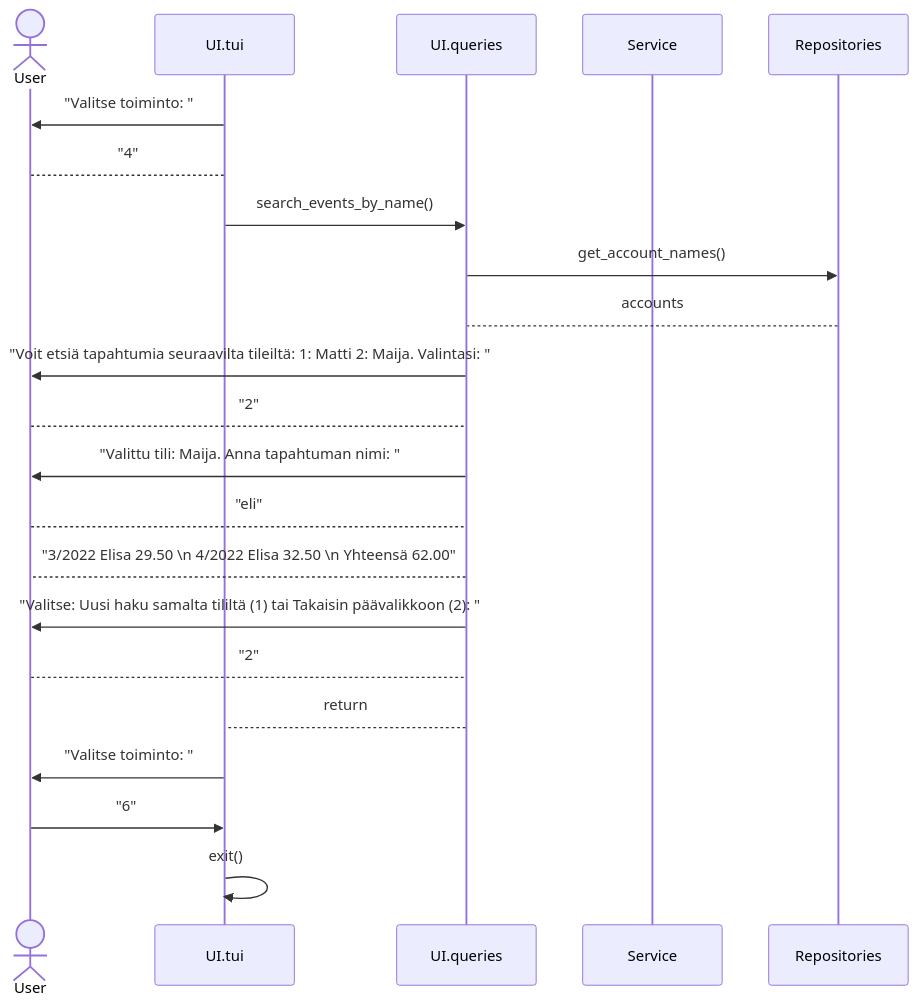
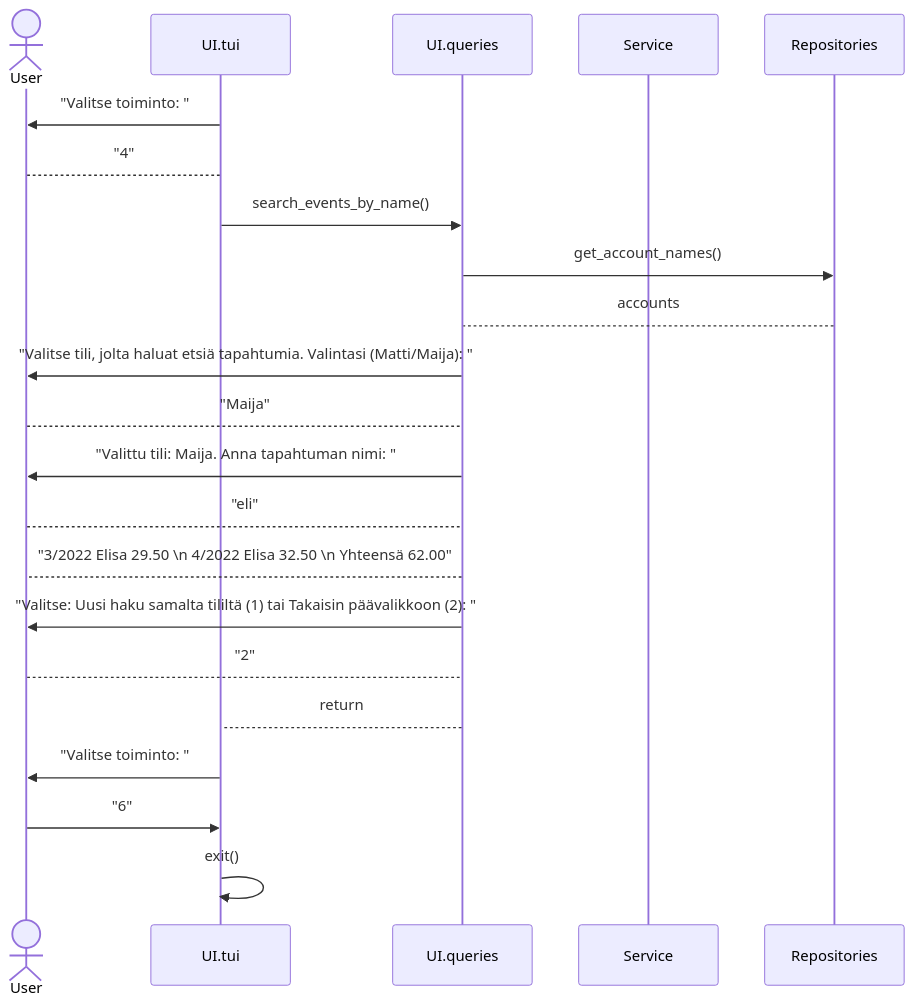
Before and after one commit to rpessi/ot-harjoitustyo: the third of 3 diagrams in dokumentaatio/arkkitehtuuri.md, drawn with Mermaid. The commit also changed other lines of this file, not shown here.

````diff
--- a/dokumentaatio/arkkitehtuuri.md
+++ b/dokumentaatio/arkkitehtuuri.md
@@ -75,24 +76,24 @@
 ```mermaid
 sequenceDiagram
    actor User
    participant UI.tui
    Participant UI.queries
    participant Service
    participant Repositories
    UI.tui->>User: "Valitse toiminto: "
    User-->UI.tui: "4"
    UI.tui->>UI.queries: search_events_by_name()
    UI.queries->>Repositories: get_account_names()
    Repositories-->UI.queries: accounts
-   UI.queries->>User: "Voit etsiä tapahtumia seuraavilta tileiltä: 1: Matti 2: Maija. Valintasi: "
-   User-->UI.queries: "2"
+   UI.queries->>User: "Valitse tili, jolta haluat etsiä tapahtumia. Valintasi (Matti/Maija): "
+   User-->UI.queries: "Maija"
    UI.queries->>User: "Valittu tili: Maija. Anna tapahtuman nimi: "
    User-->UI.queries: "eli"
    UI.queries-->User: "3/2022 Elisa 29.50 \n 4/2022 Elisa 32.50 \n Yhteensä 62.00"
    UI.queries->>User: "Valitse: Uusi haku samalta tililtä (1) tai Takaisin päävalikkoon (2): "
    User-->UI.queries: "2"
    UI.queries-->UI.tui: return
    UI.tui->>User: "Valitse toiminto: "
    User->>UI.tui: "6"
    UI.tui->>UI.tui: exit()
 ```
````
